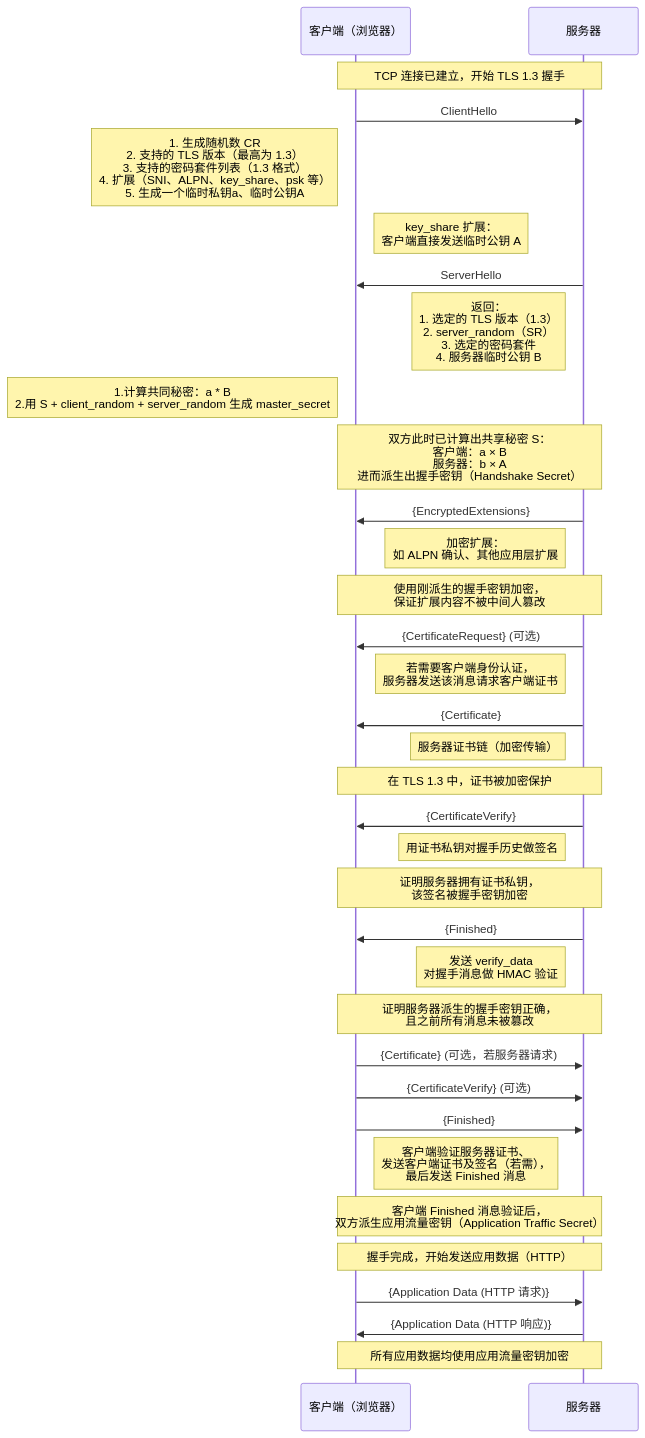
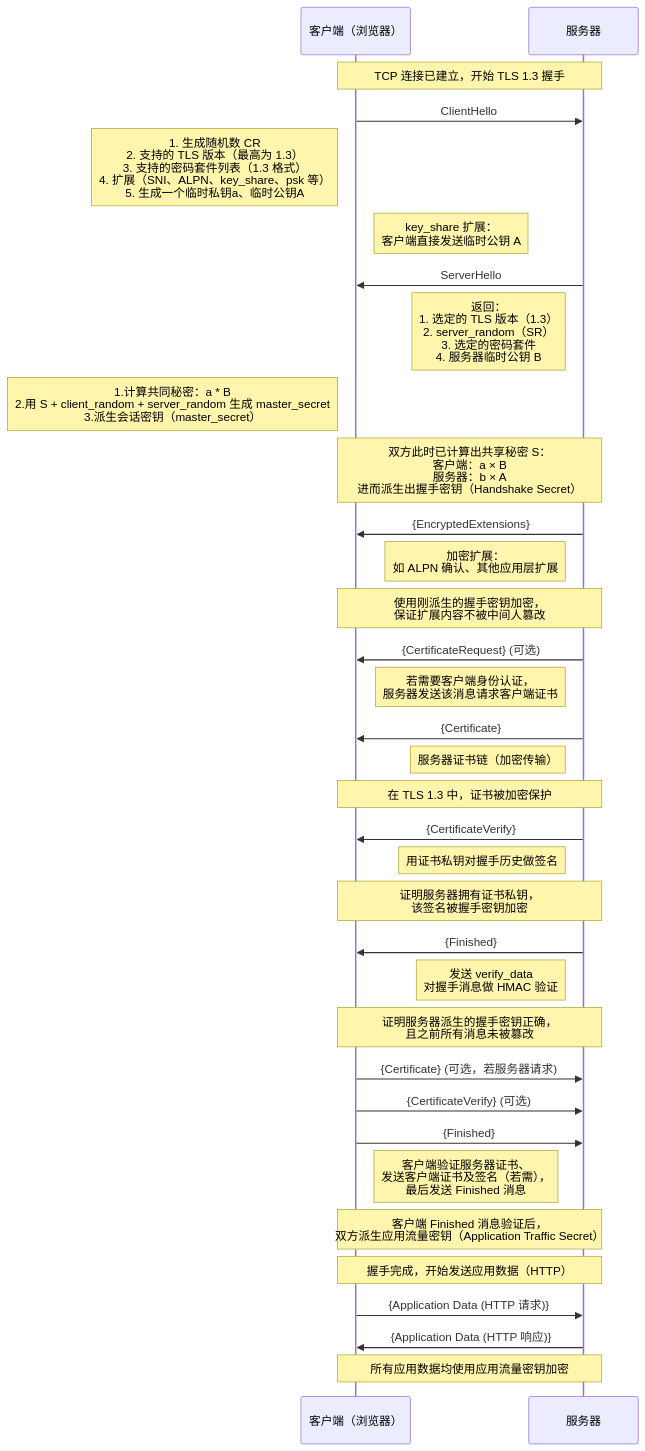
One commit to HY-10-8/iodraw-files changed the diagram in all/TLS-1.3.md. Above: the diagram before and after it, drawn with Mermaid.

Commit message:
2026-03-30 17:48:56 update

````diff
--- a/all/TLS-1.3.md
+++ b/all/TLS-1.3.md
@@ -1,47 +1,47 @@
 ```mermaid
 sequenceDiagram
     participant C as 客户端（浏览器）
     participant S as 服务器
 
     Note over C,S: TCP 连接已建立，开始 TLS 1.3 握手
 
     C->>S: ClientHello
     Note left of C: 1. 生成随机数 CR<br/> 2. 支持的 TLS 版本（最高为 1.3）<br/> 3. 支持的密码套件列表（1.3 格式）<br/> 4. 扩展（SNI、ALPN、key_share、psk 等）<br/> 5. 生成一个临时私钥a、临时公钥A
     Note right of C: key_share 扩展：<br/> 客户端直接发送临时公钥 A
 
     S->>C: ServerHello
     Note left of S: 返回：<br/> 1. 选定的 TLS 版本（1.3）<br/> 2. server_random（SR）<br/> 3. 选定的密码套件<br/> 4. 服务器临时公钥 B
-    Note left of C: 1.计算共同秘密：a * B<br/> 2.用 S + client_random + server_random 生成 master_secret
+    Note left of C: 1.计算共同秘密：a * B<br/> 2.用 S + client_random + server_random 生成 master_secret<br/> 3.派生会话密钥（master_secret）
     Note over C,S: 双方此时已计算出共享秘密 S：<br/> 客户端：a × B<br/> 服务器：b × A<br/> 进而派生出握手密钥（Handshake Secret）
 
     S->>C: {EncryptedExtensions}
     Note left of S: 加密扩展：<br/> 如 ALPN 确认、其他应用层扩展
     Note over C,S: 使用刚派生的握手密钥加密，<br/> 保证扩展内容不被中间人篡改
 
     S->>C: {CertificateRequest} (可选)
     Note left of S: 若需要客户端身份认证，<br/> 服务器发送该消息请求客户端证书
 
     S->>C: {Certificate}
     Note left of S: 服务器证书链（加密传输）
     Note over C,S: 在 TLS 1.3 中，证书被加密保护
 
     S->>C: {CertificateVerify}
     Note left of S: 用证书私钥对握手历史做签名
     Note over C,S: 证明服务器拥有证书私钥，<br/> 该签名被握手密钥加密
 
     S->>C: {Finished}
     Note left of S: 发送 verify_data<br/> 对握手消息做 HMAC 验证
     Note over C,S: 证明服务器派生的握手密钥正确，<br/> 且之前所有消息未被篡改
 
     C->>S: {Certificate} (可选，若服务器请求)
     C->>S: {CertificateVerify} (可选)
     C->>S: {Finished}
     Note right of C: 客户端验证服务器证书、<br/> 发送客户端证书及签名（若需），<br/> 最后发送 Finished 消息
     Note over C,S: 客户端 Finished 消息验证后，<br/> 双方派生应用流量密钥（Application Traffic Secret）
 
     Note over C,S: 握手完成，开始发送应用数据（HTTP）
 
     C->>S: {Application Data (HTTP 请求)}
     S->>C: {Application Data (HTTP 响应)}
     Note over C,S: 所有应用数据均使用应用流量密钥加密
 ```
````
